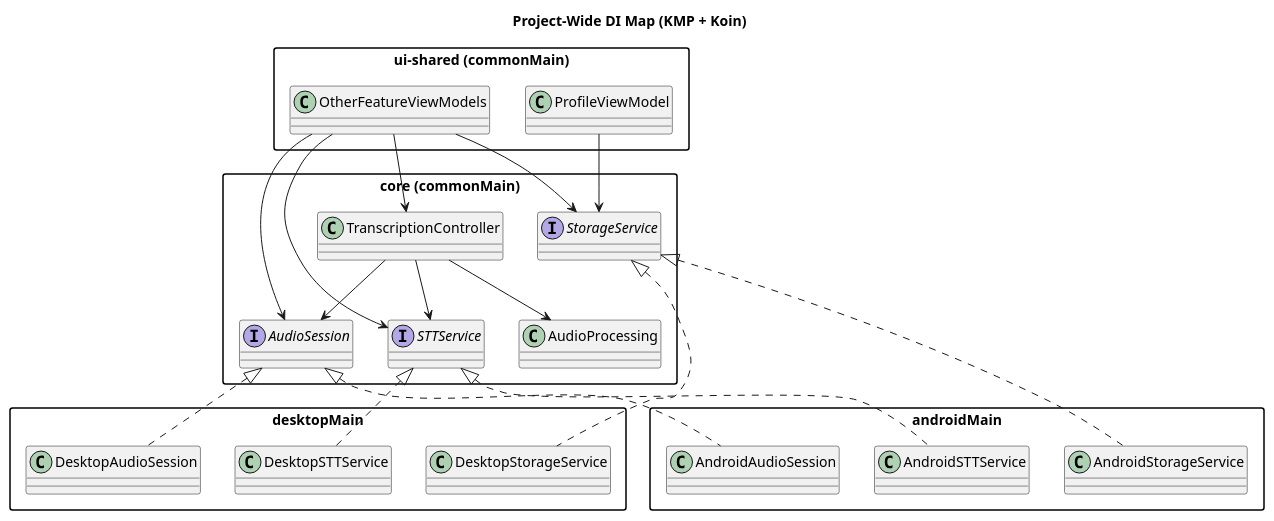
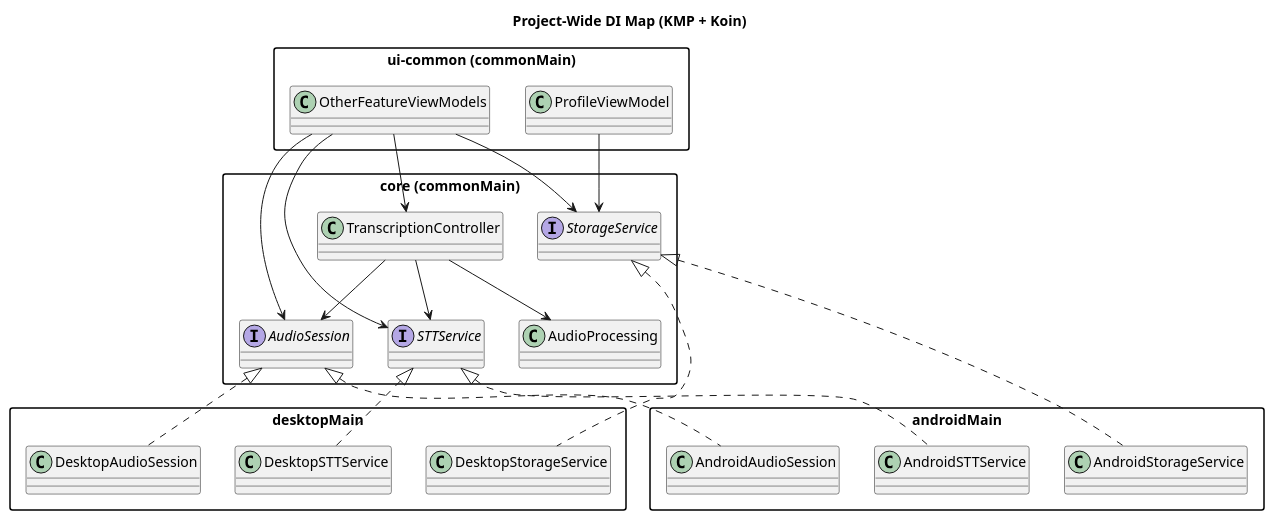
The diagram in docs/architecture/01_service_locator_map.puml (sildeag/sound2text), drawn with PlantUML before and after one commit. The commit also changed 253 other files, not shown here.

```diff
--- a/docs/architecture/01_service_locator_map.puml
+++ b/docs/architecture/01_service_locator_map.puml
@@ -1,41 +1,41 @@
 @startuml
 title Project-Wide DI Map (KMP + Koin)
 skinparam packageStyle rectangle
 skinparam shadowing false
 skinparam defaultTextAlignment center
 package "core (commonMain)" {
  interface StorageService
  interface AudioSession
  interface STTService
  class TranscriptionController
  class AudioProcessing
 }
-package "ui-shared (commonMain)" {
+package "ui-common (commonMain)" {
  class ProfileViewModel
  class OtherFeatureViewModels
 }
 package "androidMain" {
  class AndroidStorageService
  class AndroidAudioSession
  class AndroidSTTService
 }
 package "desktopMain" {
  class DesktopStorageService
  class DesktopAudioSession
  class DesktopSTTService
 }
 StorageService <|.. AndroidStorageService
 StorageService <|.. DesktopStorageService
 AudioSession <|.. AndroidAudioSession
 AudioSession <|.. DesktopAudioSession
 STTService <|.. AndroidSTTService
 STTService <|.. DesktopSTTService
 ProfileViewModel --> StorageService
 OtherFeatureViewModels --> StorageService
 OtherFeatureViewModels --> AudioSession
 OtherFeatureViewModels --> STTService
 OtherFeatureViewModels --> TranscriptionController
 TranscriptionController --> AudioSession
 TranscriptionController --> STTService
 TranscriptionController --> AudioProcessing
 @enduml
```
